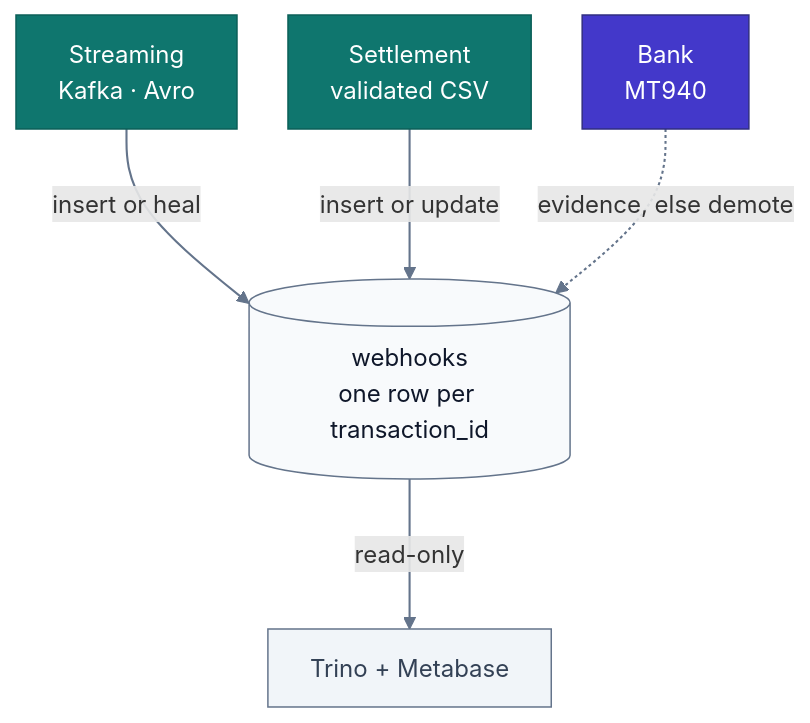
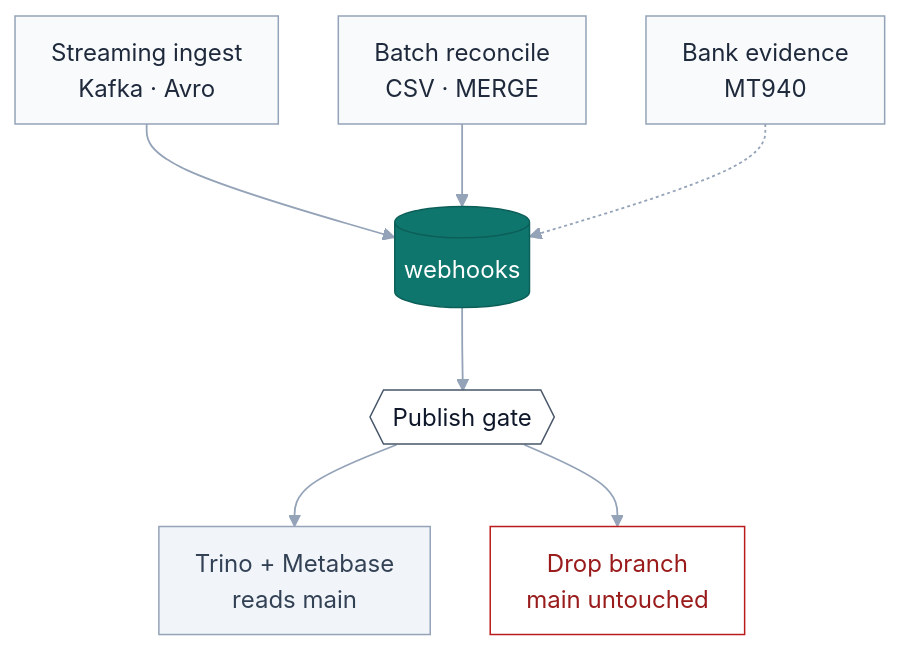
One commit to DhanushPillay/tx-recon changed the first of 2 diagrams in docs/ARCHITECTURE.md. Above: the diagram before and after it, drawn with Mermaid. The commit also changed other lines of this file and 1 other file, not shown here.

First line of the commit message:
docs: simplify the diagrams to three compact views

````diff
--- a/docs/ARCHITECTURE.md
+++ b/docs/ARCHITECTURE.md
@@ -15,23 +15,28 @@
 ```mermaid
-%%{init: {"look": "classic", "layout": "dagre", "flowchart": {"curve": "basis", "nodeSpacing": 34, "rankSpacing": 76, "padding": 14, "useMaxWidth": true}}}%%
+%%{init: {"look": "classic", "layout": "dagre", "flowchart": {"curve": "basis", "nodeSpacing": 40, "rankSpacing": 55, "padding": 12, "useMaxWidth": true}}}%%
 flowchart TB
-  accTitle: Three legs, one table
-  accDescr: Streaming and settlement legs insert or update, the bank leg only demotes, and Trino reads.
+  accTitle: Components and publish gate
+  accDescr: Streaming ingest and the batch reconciler write to webhooks, bank evidence only demotes, and the publish gate decides whether main advances.
 
-  W["Streaming<br/>Kafka · Avro"]:::ing
-  S["Settlement<br/>validated CSV"]:::ing
-  B["Bank<br/>MT940"]:::bank
-  T[("webhooks<br/>one row per transaction_id")]:::store
-  BI["Trino + Metabase"]:::serve
+  STREAM["Streaming ingest<br/>Kafka · Avro"]:::src
+  BATCH["Batch reconcile<br/>CSV · MERGE"]:::src
+  BANK["Bank evidence<br/>MT940"]:::src
+  WEB[("webhooks")]:::store
+  GATE{{"Publish gate"}}:::dec
+  BI["Trino + Metabase<br/>reads main"]:::serve
+  DROP["Drop branch<br/>main untouched"]:::fail
 
-  W -->|"insert or heal"| T
-  S -->|"insert or update"| T
-  B -.->|"evidence, else demote"| T
-  T -->|"read-only"| BI
+  STREAM --> WEB
+  BATCH --> WEB
+  BANK -.-> WEB
+  WEB --> GATE
+  GATE --> BI
+  GATE --> DROP
 
-  classDef ing fill:#0F766E,stroke:#0B5F58,color:#FFFFFF,stroke-width:1px;
-  classDef bank fill:#4338CA,stroke:#312E81,color:#FFFFFF,stroke-width:1px;
-  classDef store fill:#F8FAFC,stroke:#64748B,color:#0F172A,stroke-width:1px;
-  classDef serve fill:#F1F5F9,stroke:#64748B,color:#334155,stroke-width:1px;
-  linkStyle default stroke:#64748B,stroke-width:1.4px;
+  classDef src fill:#F8FAFC,stroke:#94A3B8,color:#1E293B,stroke-width:1px;
+  classDef serve fill:#F1F5F9,stroke:#94A3B8,color:#334155,stroke-width:1px;
+  classDef store fill:#0F766E,stroke:#0B5F58,color:#FFFFFF,stroke-width:1px;
+  classDef dec fill:#FFFFFF,stroke:#475569,color:#0F172A,stroke-width:1px;
+  classDef fail fill:#FFFFFF,stroke:#B91C1C,color:#991B1B,stroke-width:1px;
+  linkStyle default stroke:#94A3B8,stroke-width:1.2px;
 ```
````
